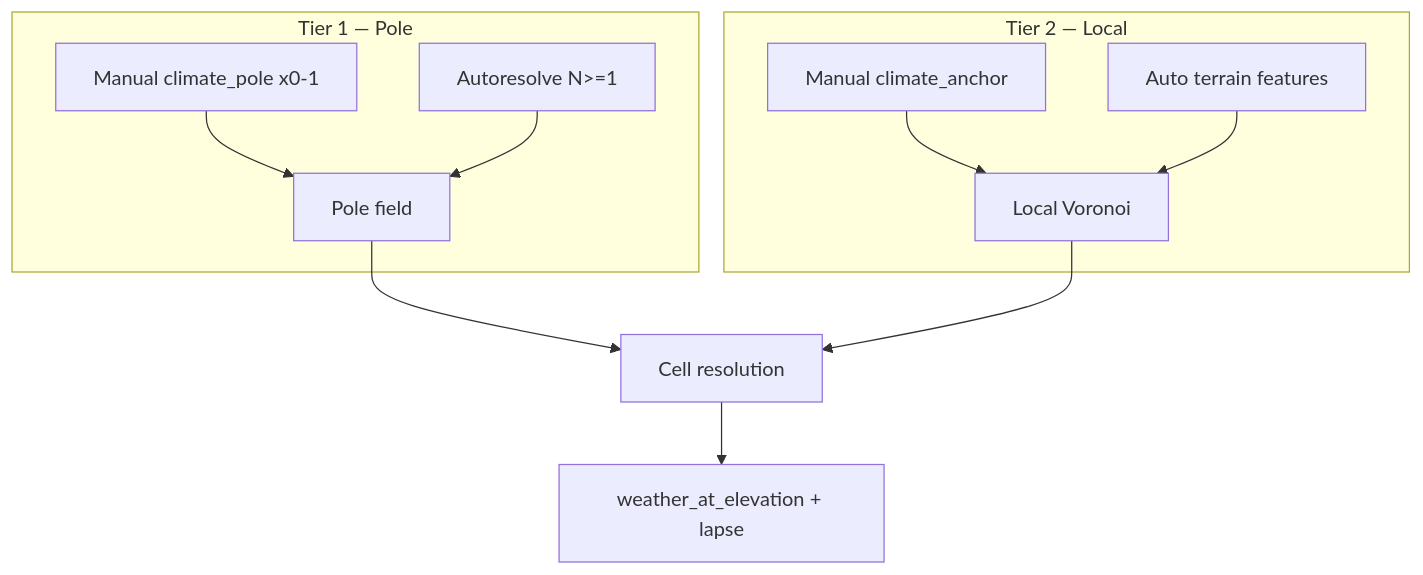
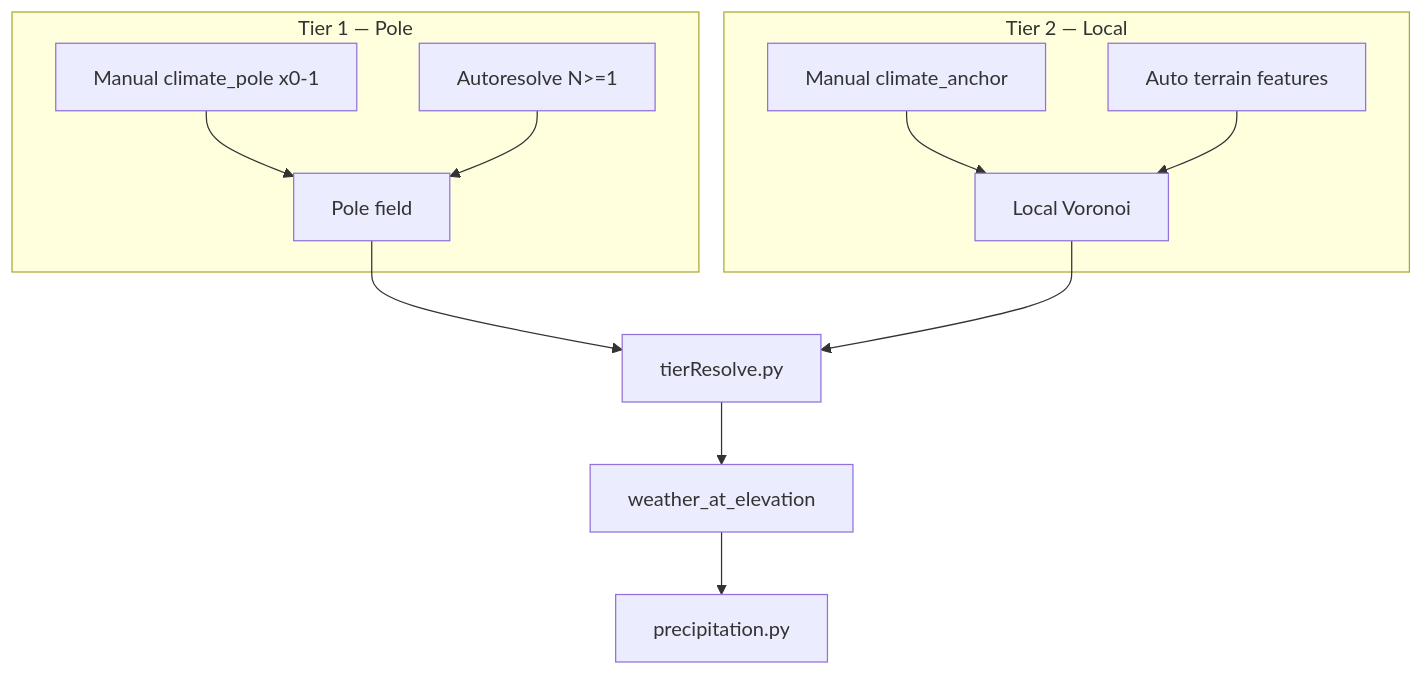
The diagram in docs/tz_climate.md (AndrewBondaren/AI-Project), drawn with Mermaid before and after one commit. The commit also changed other lines of this file and 25 other files, not shown here.

````diff
--- a/docs/tz_climate.md
+++ b/docs/tz_climate.md
@@ -219,18 +276,19 @@
 ```mermaid
 flowchart TB
   subgraph tier1 [Tier 1 — Pole]
     MP[Manual climate_pole x0-1]
     AP[Autoresolve N>=1]
     MP --> PF[Pole field]
     AP --> PF
   end
   subgraph tier2 [Tier 2 — Local]
     MA[Manual climate_anchor]
     AU[Auto terrain features]
     MA --> LF[Local Voronoi]
     AU --> LF
   end
-  PF --> RES[Cell resolution]
-  LF --> RES
-  RES --> LAPSE["weather_at_elevation + lapse"]
+  PF --> TR[tierResolve.py]
+  LF --> TR
+  TR --> WAE["weather_at_elevation"]
+  WAE --> PREC[precipitation.py]
 ```
````
